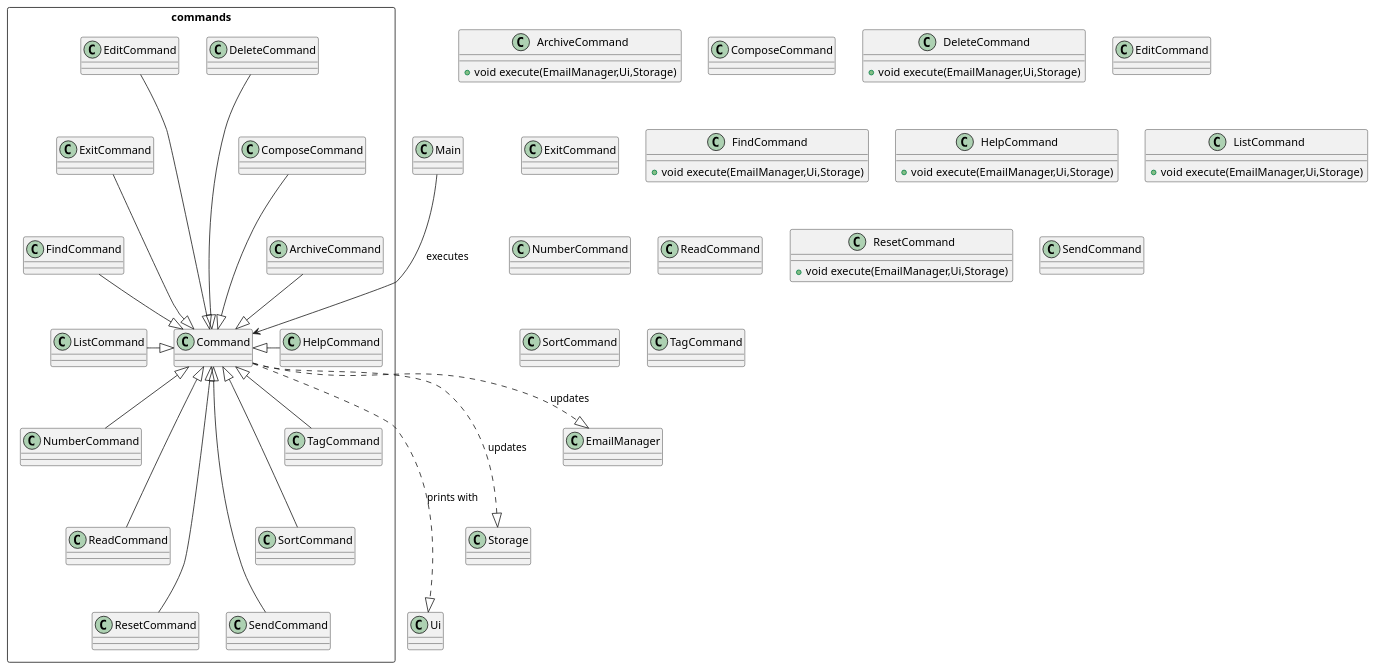
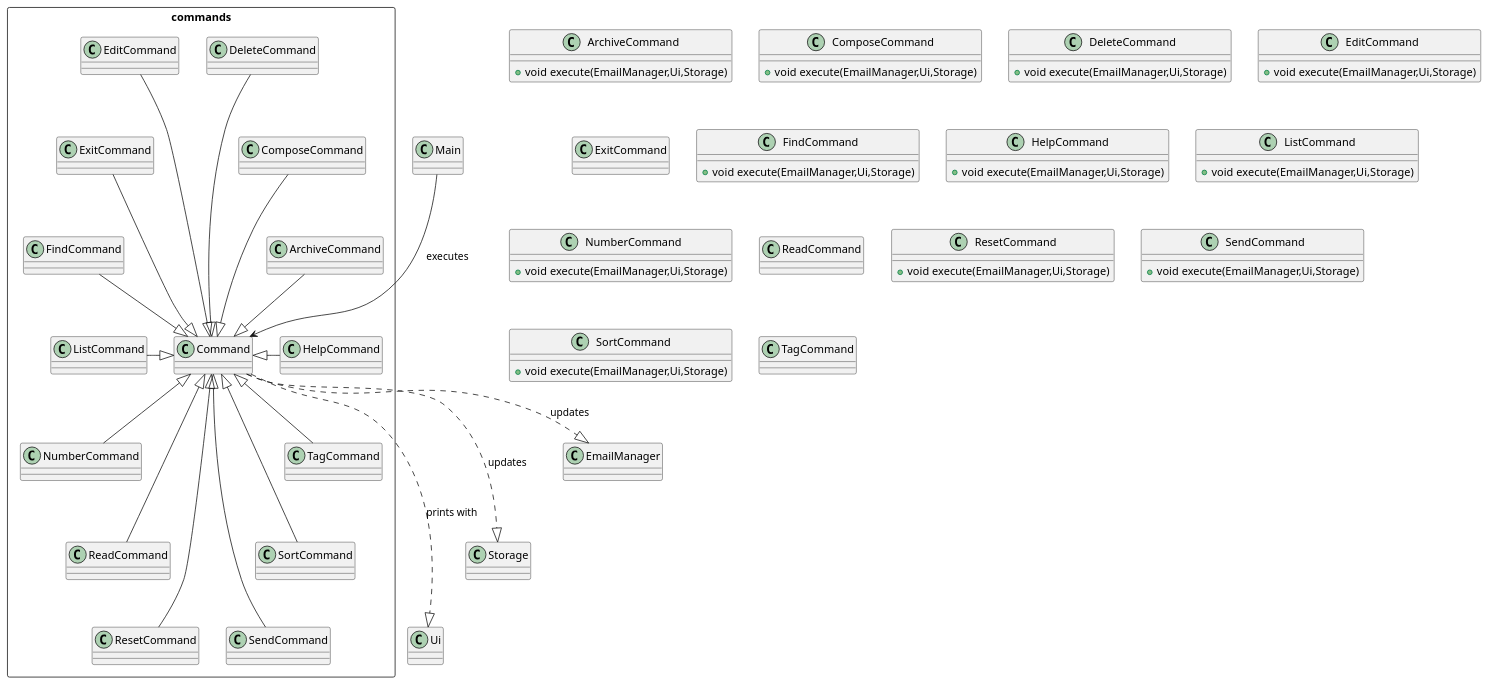
Before and after one commit to yanli1215/tp: the diagram in docs/UML diagrams/CommandClassDiagram.puml, drawn with PlantUML. The commit also changed 4 other files, not shown here.

Commit message:
Updated EmailClassDiagram and NFR in DG

```diff
--- a/docs/UML diagrams/CommandClassDiagram.puml
+++ b/docs/UML diagrams/CommandClassDiagram.puml
@@ -1,98 +1,98 @@
 @startuml
 'https://plantuml.com/class-diagram
 
 package commands <<rectangle>>{
 class Command
 class ArchiveCommand
 class ComposeCommand
 class DeleteCommand
 class EditCommand
 class ExitCommand
 class FindCommand
 class HelpCommand
 class ListCommand
 class NumberCommand
 class ReadCommand
 class ResetCommand
 class SendCommand
 class SortCommand
 class TagCommand
 }
 
 Main ---> Command: executes
 ArchiveCommand -down-|> Command
 ComposeCommand -down--|> Command
 DeleteCommand -down---|> Command
 EditCommand -down---|> Command
 ExitCommand -down--|> Command
 FindCommand -down-|> Command
 HelpCommand -left-|> Command
 ListCommand -right-|> Command
 NumberCommand -up-|> Command
 ReadCommand -up--|> Command
 ResetCommand -up---|> Command
 SendCommand -up---|> Command
 SortCommand -up--|> Command
 TagCommand -up-|> Command
 
 Command ....|> Ui: prints with
 Command ...|> Storage: updates
 Command ..|> EmailManager: updates
 
 class ArchiveCommand{
 + void execute(EmailManager,Ui,Storage)
 }
 
 class ComposeCommand{
-
++ void execute(EmailManager,Ui,Storage)
 }
 
 class DeleteCommand{
 + void execute(EmailManager,Ui,Storage)
 }
 
 class EditCommand{
-
++ void execute(EmailManager,Ui,Storage)
 }
 
 class ExitCommand{
 
 }
 
 class FindCommand{
 + void execute(EmailManager,Ui,Storage)
 }
 
 class HelpCommand{
 + void execute(EmailManager,Ui,Storage)
 }
 
 class ListCommand{
 + void execute(EmailManager,Ui,Storage)
 }
 
 class NumberCommand{
-
++ void execute(EmailManager,Ui,Storage)
 }
 
 class ReadCommand{
 
 }
 
 class ResetCommand{
 + void execute(EmailManager,Ui,Storage)
 }
 
 class SendCommand{
-
++ void execute(EmailManager,Ui,Storage)
 }
 
 class SortCommand{
-
++ void execute(EmailManager,Ui,Storage)
 }
 
 class TagCommand{
 
 }
 
 @enduml
```
